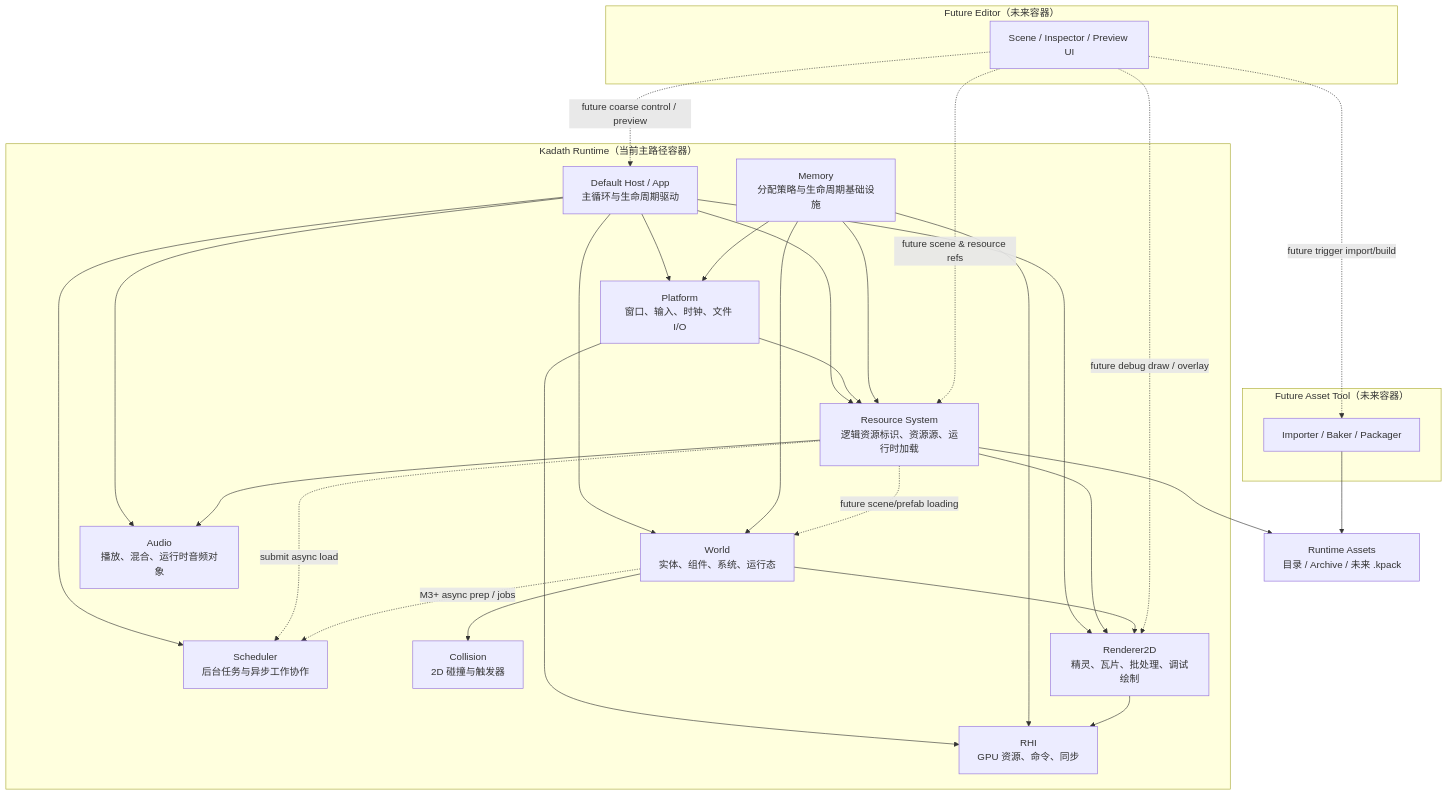
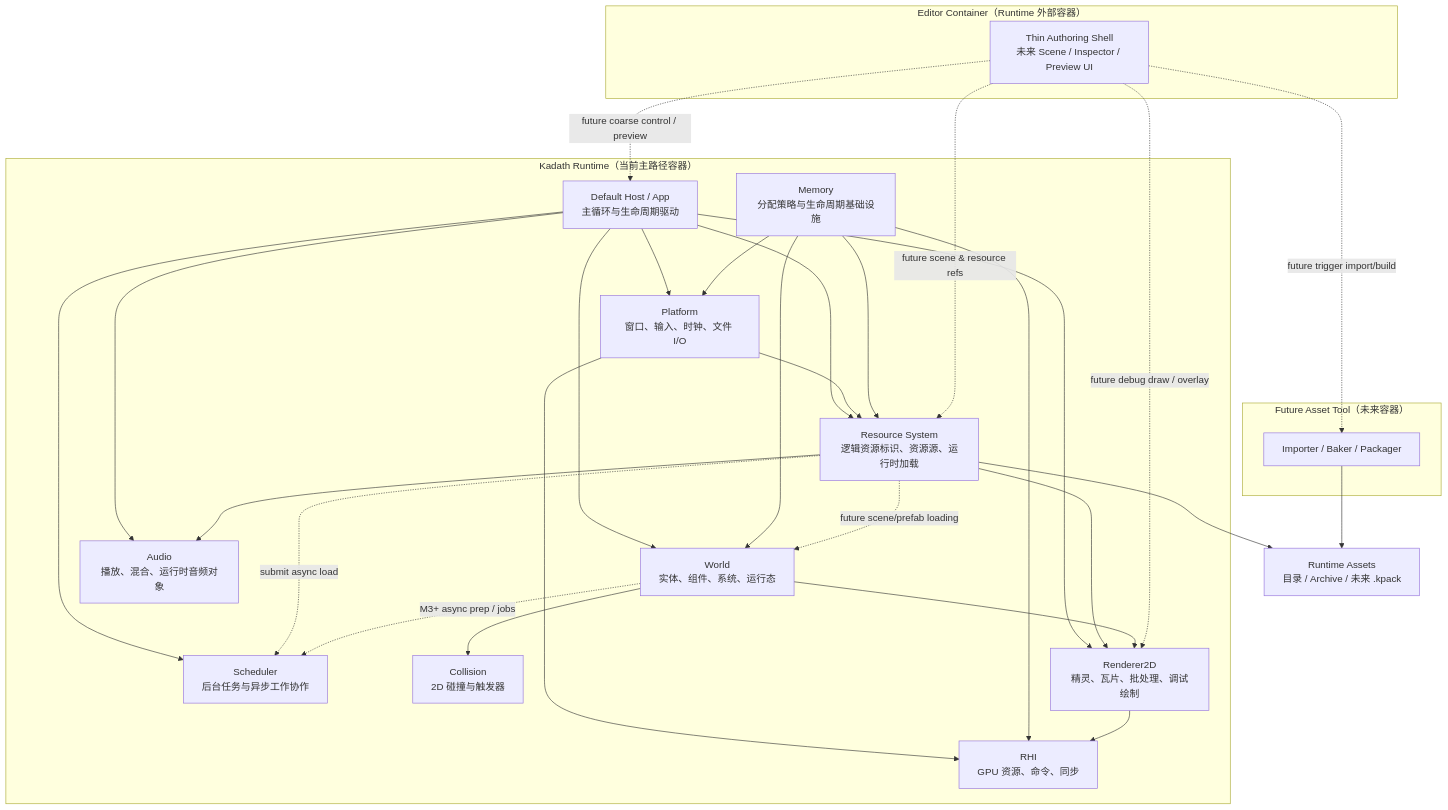
Before and after one commit to alloyzer0/Kadath: the diagram in docs/architecture/c4-runtime-container-and-components.md, drawn with Mermaid. The commit also changed other lines of this file and 2 other files, not shown here.

Commit message:
docs(editor): document package and architecture boundaries

````diff
--- a/docs/architecture/c4-runtime-container-and-components.md
+++ b/docs/architecture/c4-runtime-container-and-components.md
@@ -37,59 +37,59 @@
 ```mermaid
 graph TD
     subgraph Runtime["Kadath Runtime（当前主路径容器）"]
         Host["Default Host / App<br/>主循环与生命周期驱动"]
         Platform["Platform<br/>窗口、输入、时钟、文件 I/O"]
         Scheduler["Scheduler<br/>后台任务与异步工作协作"]
         Resource["Resource System<br/>逻辑资源标识、资源源、运行时加载"]
         World["World<br/>实体、组件、系统、运行态"]
         Collision["Collision<br/>2D 碰撞与触发器"]
         Audio["Audio<br/>播放、混合、运行时音频对象"]
         Renderer2D["Renderer2D<br/>精灵、瓦片、批处理、调试绘制"]
         RHI["RHI<br/>GPU 资源、命令、同步"]
         Memory["Memory<br/>分配策略与生命周期基础设施"]
     end
 
-    subgraph Editor["Future Editor（未来容器）"]
-        EditorUI["Scene / Inspector / Preview UI"]
+    subgraph Editor["Editor Container（Runtime 外部容器）"]
+        EditorUI["Thin Authoring Shell<br/>未来 Scene / Inspector / Preview UI"]
     end
 
     subgraph AssetTool["Future Asset Tool（未来容器）"]
         ImportBake["Importer / Baker / Packager"]
     end
 
     RuntimeAssets["Runtime Assets<br/>目录 / Archive / 未来 .kpack"]
 
     Host --> Platform
     Host --> Scheduler
     Host --> Resource
     Host --> World
     Host --> Renderer2D
     Host --> Audio
 
     Platform --> RHI
     Platform --> Resource
     Memory --> Platform
     Memory --> Resource
     Memory --> World
     Memory --> RHI
 
     Resource -.submit async load.-> Scheduler
     World -.M3+ async prep / jobs.-> Scheduler
 
     Resource --> RuntimeAssets
     Resource --> Renderer2D
     Resource --> Audio
     Resource -.future scene/prefab loading.-> World
 
     World --> Collision
     World --> Renderer2D
 
     Renderer2D --> RHI
 
     EditorUI -.future coarse control / preview.-> Host
     EditorUI -.future scene & resource refs.-> Resource
     EditorUI -.future debug draw / overlay.-> Renderer2D
 
     ImportBake --> RuntimeAssets
     EditorUI -.future trigger import/build.-> ImportBake
 ```
````
